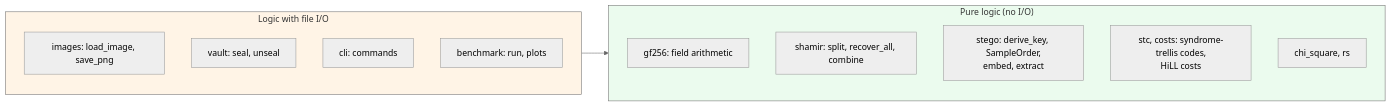
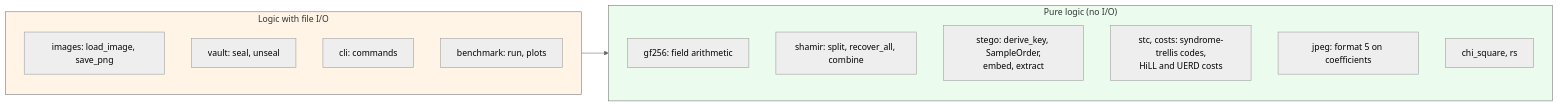
One commit to Just-Ipavon/shardpix changed the diagram in docs/03-function-reference.md. Above: the diagram before and after it, drawn with Mermaid (neutral theme). The commit also changed other lines of this file and 7 other files, not shown here.

````diff
--- a/docs/03-function-reference.md
+++ b/docs/03-function-reference.md
@@ -30,22 +30,23 @@
 ```mermaid
 graph LR
     subgraph pure["Pure logic (no I/O)"]
         P1["gf256: field arithmetic"]
         P2["shamir: split, recover_all, combine"]
         P3["stego: derive_key, SampleOrder,<br/>embed, extract"]
-        P5["stc, costs: syndrome-trellis codes,<br/>HiLL costs"]
+        P5["stc, costs: syndrome-trellis codes,<br/>HiLL and UERD costs"]
+        P6["jpeg: format 5 on coefficients"]
         P4["chi_square, rs"]
     end
 
     subgraph io["Logic with file I/O"]
         I1["images: load_image, save_png"]
         I2["vault: seal, unseal"]
         I3["cli: commands"]
         I4["benchmark: run, plots"]
     end
 
     io --> pure
 
     style pure fill:#ebfbee
     style io fill:#fff4e6
 ```
````
